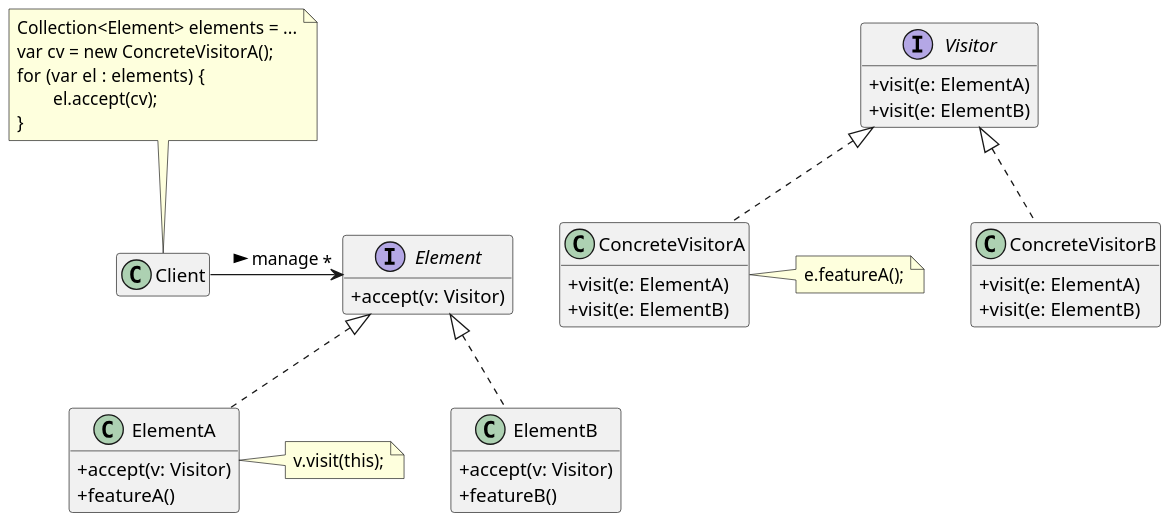
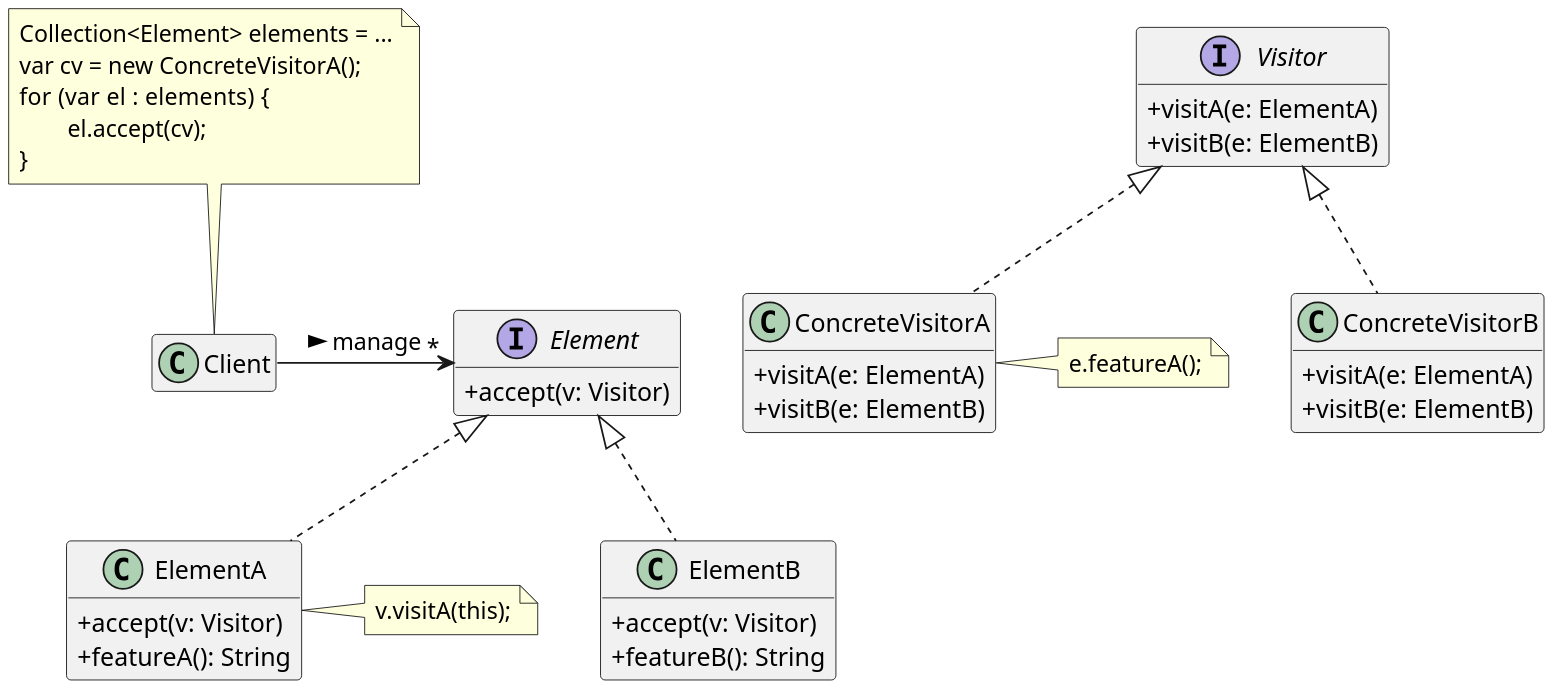
One commit to heig-lherman/mcr-project changed the diagram in presentation/visitor.puml. Above: the diagram before and after it, drawn with PlantUML. The commit also changed 3 other files, not shown here.

Commit message:
2 diagrams visitor fixed and new visitor-example-simplified

```diff
--- a/presentation/visitor.puml
+++ b/presentation/visitor.puml
@@ -1,54 +1,54 @@
 @startuml
 ' General diagram of the design pattern Visitor
 ' Highly inspired from https://refactoring.guru/design-patterns/visitor and Gof Book Visitor pages
 ' Settings
 skinparam classAttributeIconSize 0
-scale 1.5
+scale 2
 hide empty members
 
 ' TODO: plus de lien de dépendances ou autres ??
 
 ' Content
 interface Visitor {
-    +visit(e: ElementA)
-    +visit(e: ElementB)
+    +visitA(e: ElementA)
+    +visitB(e: ElementB)
 }
 
 class ConcreteVisitorA implements Visitor {
-    +visit(e: ElementA)
-    +visit(e: ElementB)    
+    +visitA(e: ElementA)
+    +visitB(e: ElementB)    
 }
 
 class ConcreteVisitorB implements Visitor {
-    +visit(e: ElementA)
-    +visit(e: ElementB)    
+    +visitA(e: ElementA)
+    +visitB(e: ElementB)
 }
 
 interface Element {
     +accept(v: Visitor)
 }
 class ElementA implements Element {
     +accept(v: Visitor)
-    +featureA()
+    +featureA(): String
 }
 class ElementB implements Element {
     +accept(v: Visitor)
-    +featureB()
+    +featureB(): String
 }
 
 class Client
 
 Client ->"*" Element: manage >
 ' Client code example
 note "Collection<Element> elements = ...\nvar cv = new ConcreteVisitorA();\nfor (var el :  elements) {\n\tel.accept(cv);\n}" as clientcode
 
-note "v.visit(this);" as dbldispatch
+note "v.visitA(this);" as dbldispatch
 note "e.featureA();" as dispatch
 
 ElementA - dbldispatch
 ConcreteVisitorA - dispatch
 
 clientcode -- Client
 
 ' Element -[hidden]right-- Visitor
 @enduml
```
